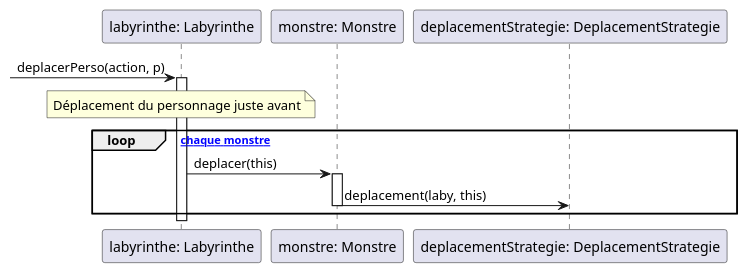
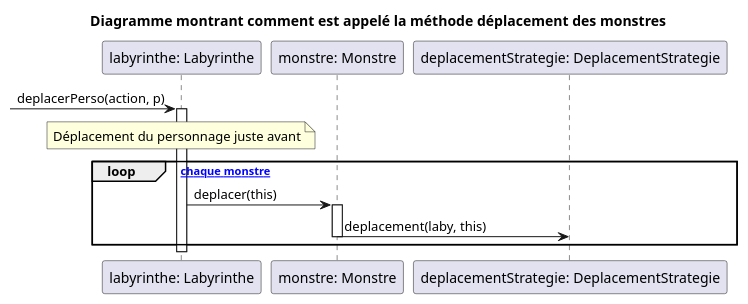
The diagram in documents/iteration-3/diagrammes/deplacement/diagramme-sequence-appel-du-deplacement.puml (zonetecde/BUT_S2_2025_Zeldiablo_e22359u_e82916u_e77582u_e85474u), drawn with PlantUML before and after one commit. The commit also changed 2 other files, not shown here.

Commit message:
ajout d'un diagramme de seq

```diff
--- a/documents/iteration-3/diagrammes/deplacement/diagramme-sequence-appel-du-deplacement.puml
+++ b/documents/iteration-3/diagrammes/deplacement/diagramme-sequence-appel-du-deplacement.puml
@@ -1,21 +1,23 @@
 @startuml
+title Diagramme montrant comment est appelé la méthode déplacement des monstres
+
 participant "labyrinthe: Labyrinthe" as Laby
 participant "monstre: Monstre" as Monstre
 participant "deplacementStrategie: DeplacementStrategie" as Strategie
 
 -> Laby : deplacerPerso(action, p)
 activate Laby
 
 note over Laby : Déplacement du personnage juste avant
 
 loop [pour chaque monstre]
     Laby -> Monstre : deplacer(this)
     activate Monstre
     
     Monstre -> Strategie : deplacement(laby, this)
     
     deactivate Monstre
 end
 
 deactivate Laby
 @enduml
```
